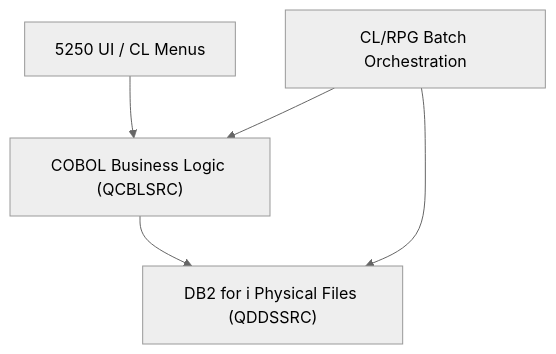
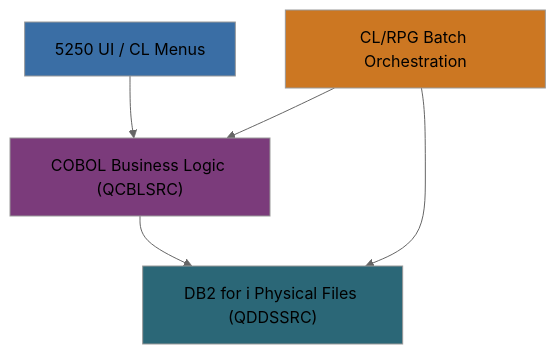
Before and after one commit to asynkron/CobolDemo-GITST: the second of 6 diagrams in docs/architecture/overview.md, drawn with Mermaid (neutral theme). The commit also changed other lines of this file and 7 other files, not shown here.

Commit message:
Add accent fills to documentation mermaid diagrams

````diff
--- a/docs/architecture/overview.md
+++ b/docs/architecture/overview.md
@@ -34,12 +41,17 @@
 ```mermaid
 flowchart TB
     UI["5250 UI / CL Menus"]
     App["COBOL Business Logic (QCBLSRC)"]
     Data["DB2 for i Physical Files (QDDSSRC)"]
     Batch["CL/RPG Batch Orchestration"]
 
     UI --> App
     App --> Data
     Batch --> App
     Batch --> Data
+    %% Showcase each architectural layer distinctly.
+    style UI fill:#3A6EA5
+    style App fill:#7B3B7B
+    style Data fill:#2B6777
+    style Batch fill:#CC7722
 ```
````
